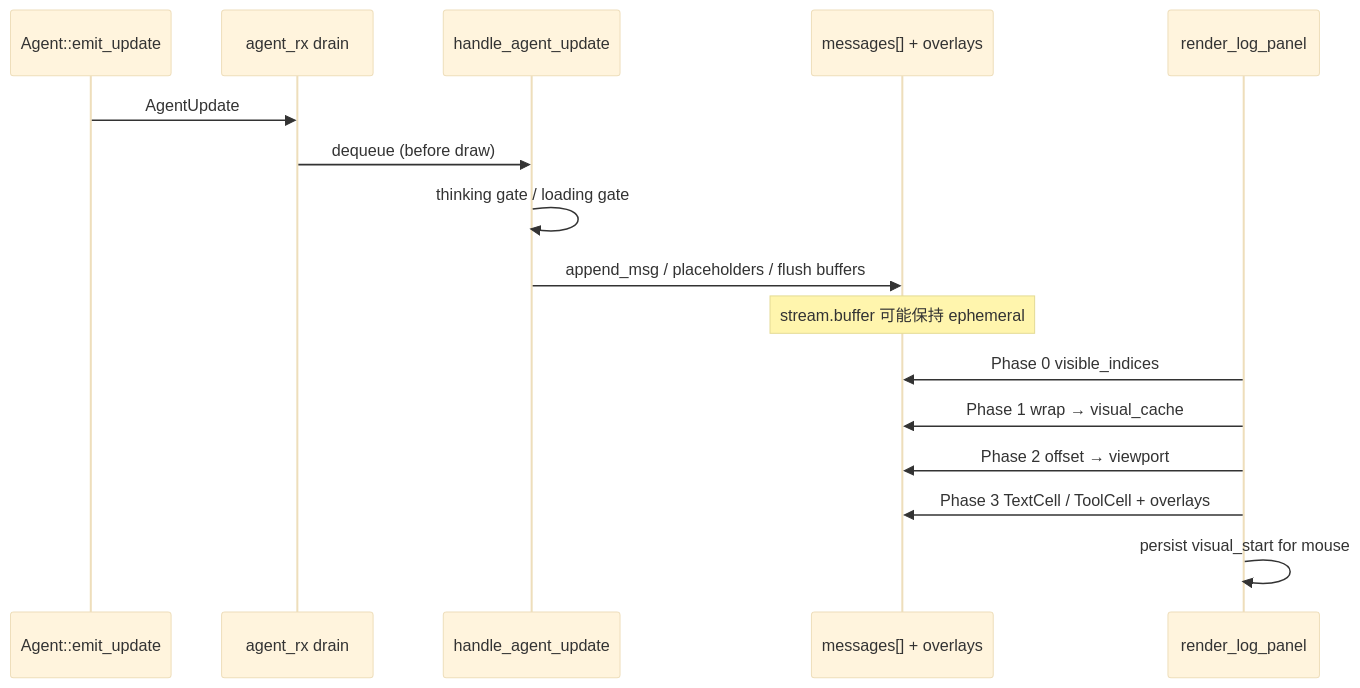
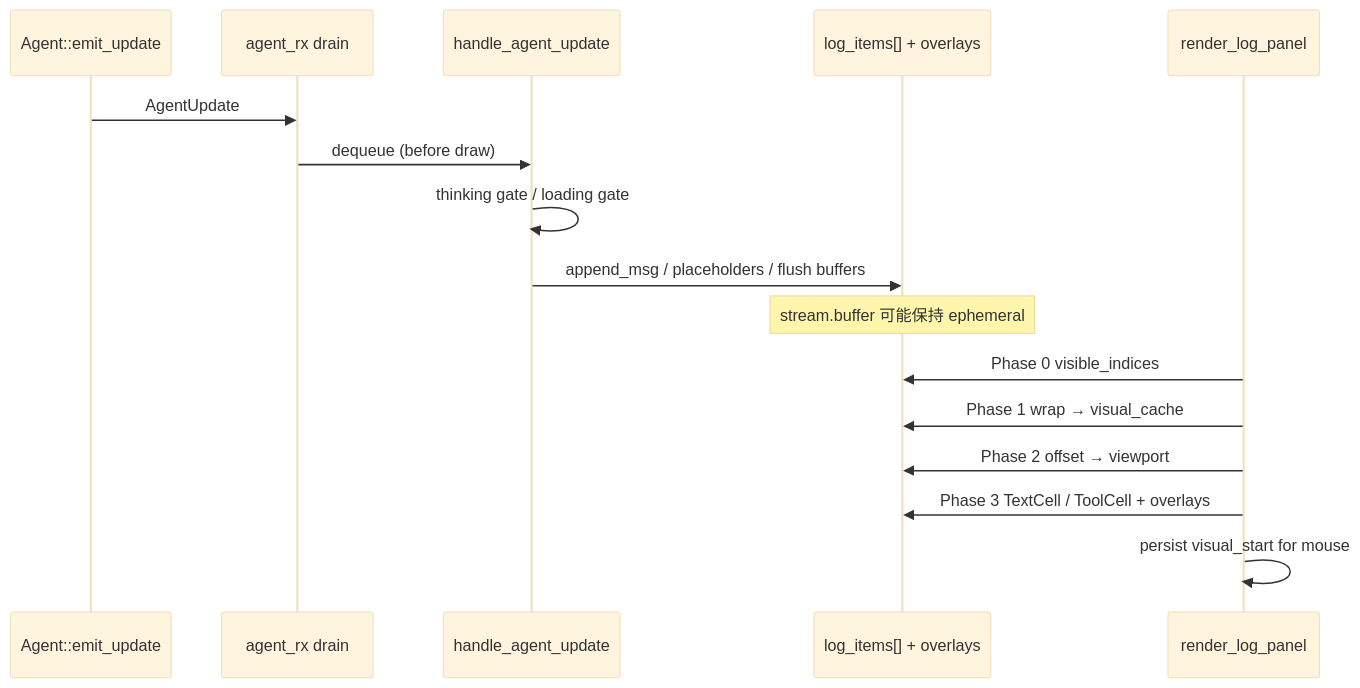
One commit to rust-infra/tact changed the third of 3 diagrams in book/23_chapter_tui_zh.md. Above: the diagram before and after it, drawn with Mermaid (base theme). The commit also changed other lines of this file and 46 other files, not shown here.

````diff
--- a/book/23_chapter_tui_zh.md
+++ b/book/23_chapter_tui_zh.md
@@ -609,19 +616,19 @@
 ```mermaid
 sequenceDiagram
     participant Agent as Agent::emit_update
     participant Rx as agent_rx drain
     participant H as handle_agent_update
-    participant M as messages[] + overlays
+    participant M as log_items[] + overlays
     participant R as render_log_panel
 
     Agent->>Rx: AgentUpdate
     Rx->>H: dequeue (before draw)
     H->>H: thinking gate / loading gate
     H->>M: append_msg / placeholders / flush buffers
     Note over M: stream.buffer 可能保持 ephemeral
     R->>M: Phase 0 visible_indices
     R->>M: Phase 1 wrap → visual_cache
     R->>M: Phase 2 offset → viewport
     R->>M: Phase 3 TextCell / ToolCell + overlays
     R->>R: persist visual_start for mouse
 ```
````
